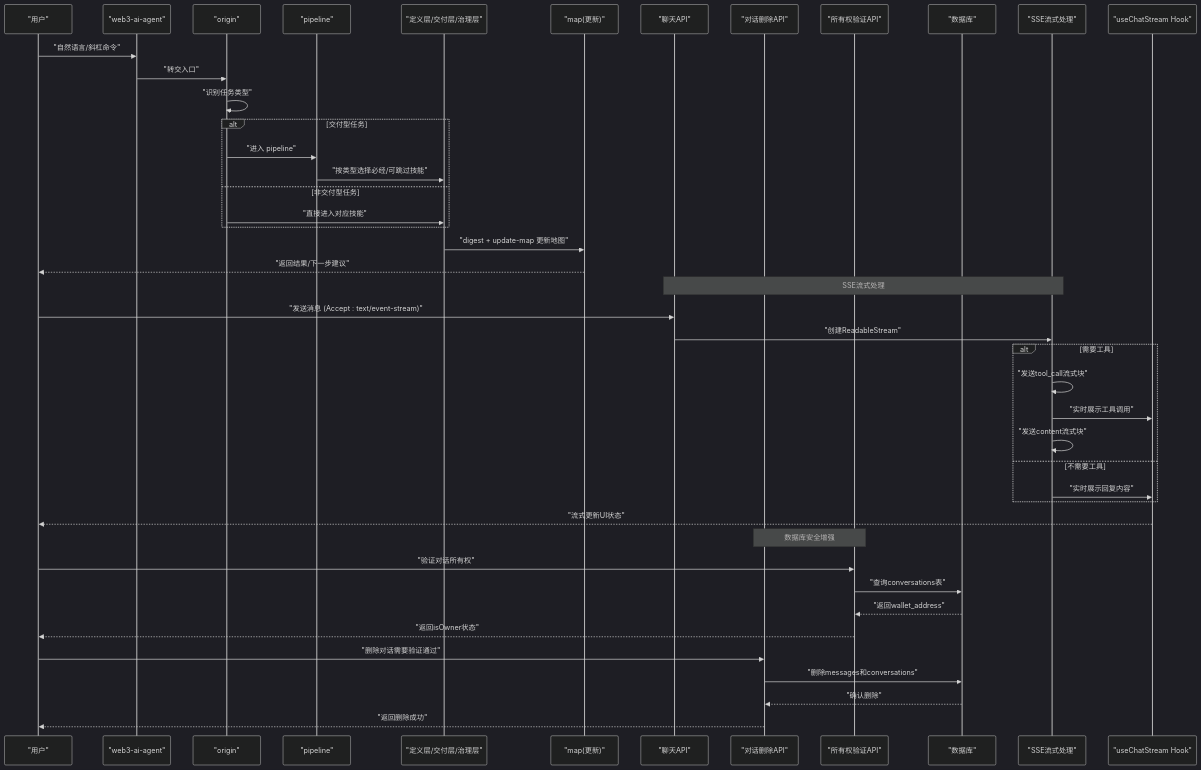
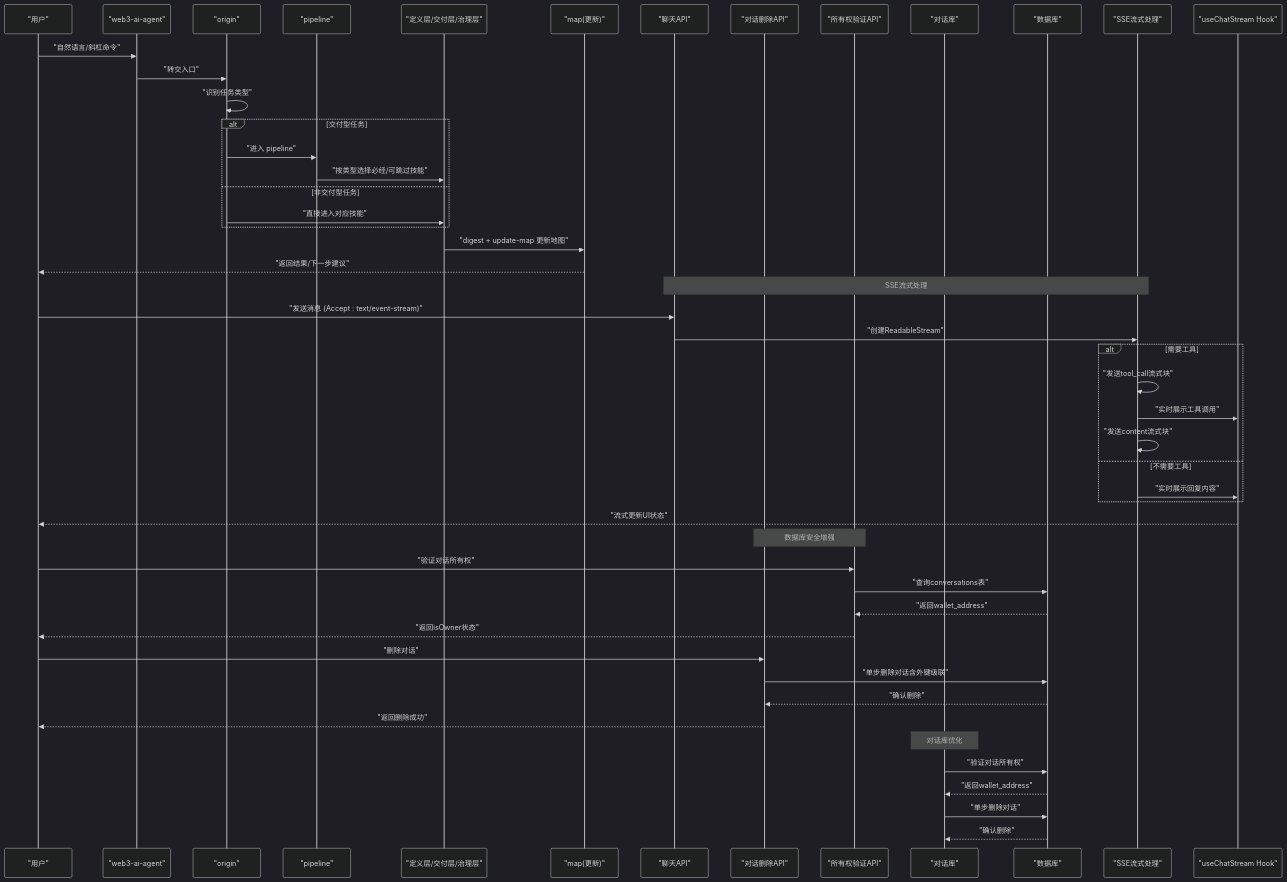
One commit to CryptoLinxu/Web3-AI-Agent changed the second of 3 diagrams in .qoder/repowiki/zh/content/API参考文档/API参考文档.md. Above: the diagram before and after it, drawn with Mermaid (dark theme). The commit also changed other lines of this file and 12 other files, not shown here.

````diff
--- a/.qoder/repowiki/zh/content/API参考文档/API参考文档.md
+++ b/.qoder/repowiki/zh/content/API参考文档/API参考文档.md
@@ -179,46 +192,52 @@
 ```mermaid
 sequenceDiagram
 participant U as "用户"
 participant W as "web3-ai-agent"
 participant O as "origin"
 participant P as "pipeline"
 participant D as "定义层/交付层/治理层"
 participant M as "map(更新)"
 participant CHAT as "聊天API"
 participant DELCONV as "对话删除API"
 participant VERIFYOWN as "所有权验证API"
+participant CONVLIB as "对话库"
 participant DB as "数据库"
 participant STREAM as "SSE流式处理"
 participant HOOK as "useChatStream Hook"
 U->>W : "自然语言/斜杠命令"
 W->>O : "转交入口"
 O->>O : "识别任务类型"
 alt 交付型任务
 O->>P : "进入 pipeline"
 P->>D : "按类型选择必经/可跳过技能"
 else 非交付型任务
 O->>D : "直接进入对应技能"
 end
 D->>M : "digest + update-map 更新地图"
 M-->>U : "返回结果/下一步建议"
 Note over CHAT,STREAM : SSE流式处理
 U->>CHAT : "发送消息 (Accept : text/event-stream)"
 CHAT->>STREAM : "创建ReadableStream"
 alt 需要工具
 STREAM->>STREAM : "发送tool_call流式块"
 STREAM->>HOOK : "实时展示工具调用"
 STREAM->>STREAM : "发送content流式块"
 else 不需要工具
 STREAM->>HOOK : "实时展示回复内容"
 end
 HOOK-->>U : "流式更新UI状态"
 Note over DELCONV,VERIFYOWN : 数据库安全增强
 U->>VERIFYOWN : "验证对话所有权"
 VERIFYOWN->>DB : "查询conversations表"
 DB-->>VERIFYOWN : "返回wallet_address"
 VERIFYOWN-->>U : "返回isOwner状态"
-U->>DELCONV : "删除对话需要验证通过"
-DELCONV->>DB : "删除messages和conversations"
+U->>DELCONV : "删除对话"
+DELCONV->>DB : "单步删除对话含外键级联"
 DB-->>DELCONV : "确认删除"
 DELCONV-->>U : "返回删除成功"
+Note over CONVLIB : 对话库优化
+CONVLIB->>DB : "验证对话所有权"
+DB-->>CONVLIB : "返回wallet_address"
+CONVLIB->>DB : "单步删除对话"
+DB-->>CONVLIB : "确认删除"
 ```
````
